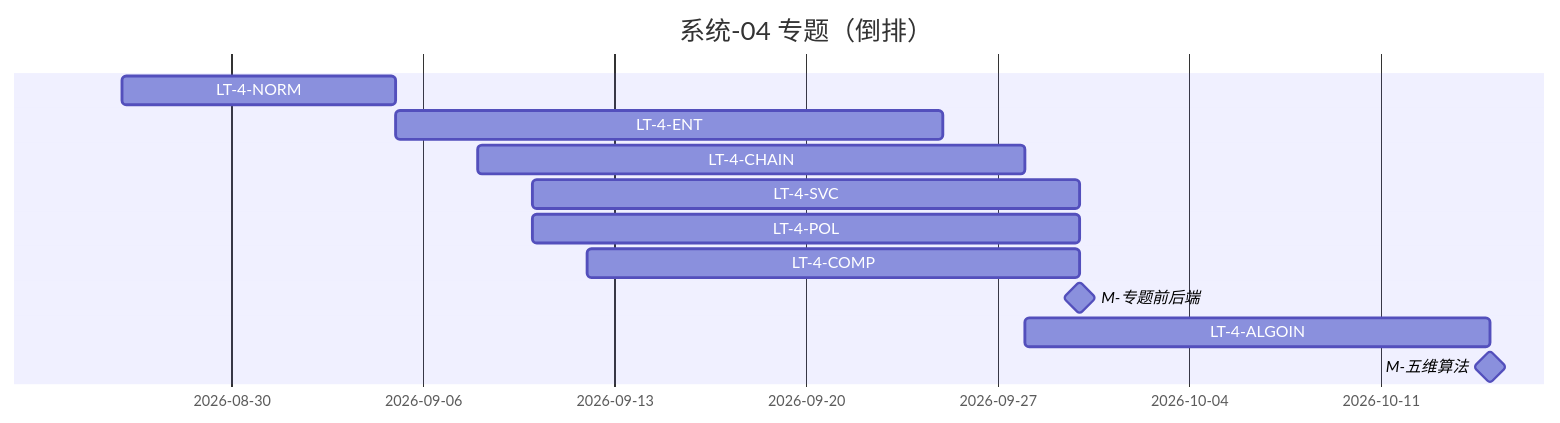
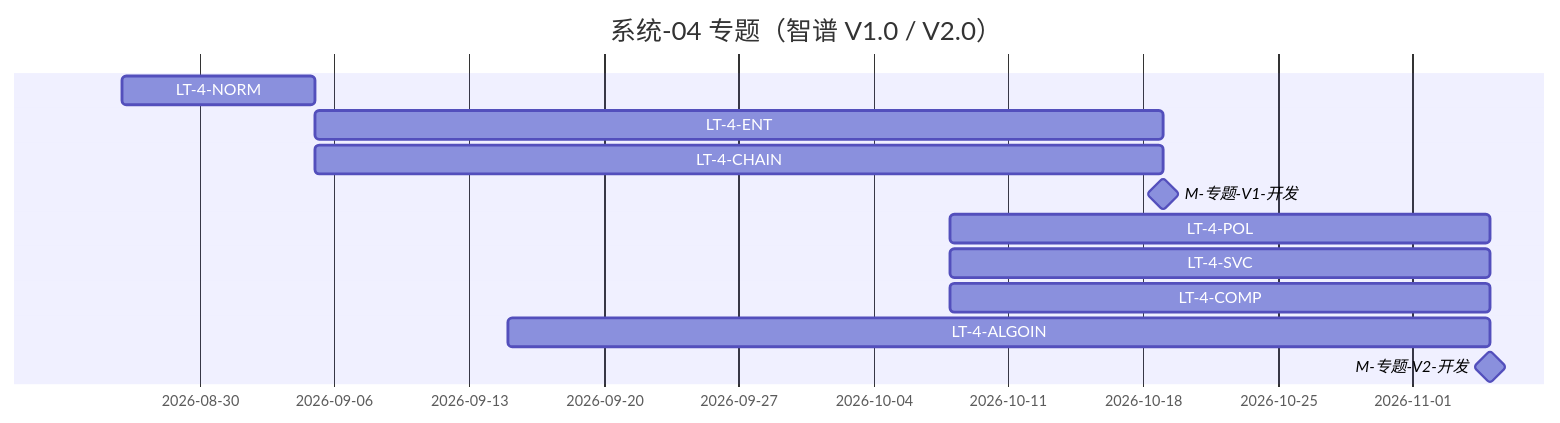
One commit to Marisolebxf/- changed the diagram in agent-delivery/工程过程/02-策划与监控/02-智树工作计划/02-进度/系统-04-科技专题服务.md. Above: the diagram before and after it, drawn with Mermaid. The commit also changed other lines of this file and 17 other files, not shown here.

````diff
--- a/agent-delivery/工程过程/02-策划与监控/02-智树工作计划/02-进度/系统-04-科技专题服务.md
+++ b/agent-delivery/工程过程/02-策划与监控/02-智树工作计划/02-进度/系统-04-科技专题服务.md
@@ -37,21 +51,21 @@
 ```mermaid
 ---
 config:
   gantt:
     useMaxWidth: true
   themeVariables:
     fontSize: 14px
 ---
 gantt
-    title 系统-04 专题（倒排）
+    title 系统-04 专题（智谱 V1.0 / V2.0）
     dateFormat YYYY-MM-DD
     LT-4-NORM      :n, 2026-08-26, 2026-09-05
-    LT-4-ENT       :e, 2026-09-05, 2026-09-25
-    LT-4-CHAIN     :c, 2026-09-08, 2026-09-28
-    LT-4-SVC       :s, 2026-09-10, 2026-09-30
-    LT-4-POL       :p, 2026-09-10, 2026-09-30
-    LT-4-COMP      :o, 2026-09-12, 2026-09-30
-    M-专题前后端   :milestone, m1, 2026-09-30, 0d
-    LT-4-ALGOIN    :a, 2026-09-28, 2026-10-15
-    M-五维算法     :milestone, m2, 2026-10-15, 0d
+    LT-4-ENT       :e, 2026-09-05, 2026-10-19
+    LT-4-CHAIN     :c, 2026-09-05, 2026-10-19
+    M-专题-V1-开发 :milestone, m1, 2026-10-19, 0d
+    LT-4-POL       :p, 2026-10-08, 2026-11-05
+    LT-4-SVC       :s, 2026-10-08, 2026-11-05
+    LT-4-COMP      :o, 2026-10-08, 2026-11-05
+    LT-4-ALGOIN    :a, 2026-09-15, 2026-11-05
+    M-专题-V2-开发 :milestone, m2, 2026-11-05, 0d
 ```
````
